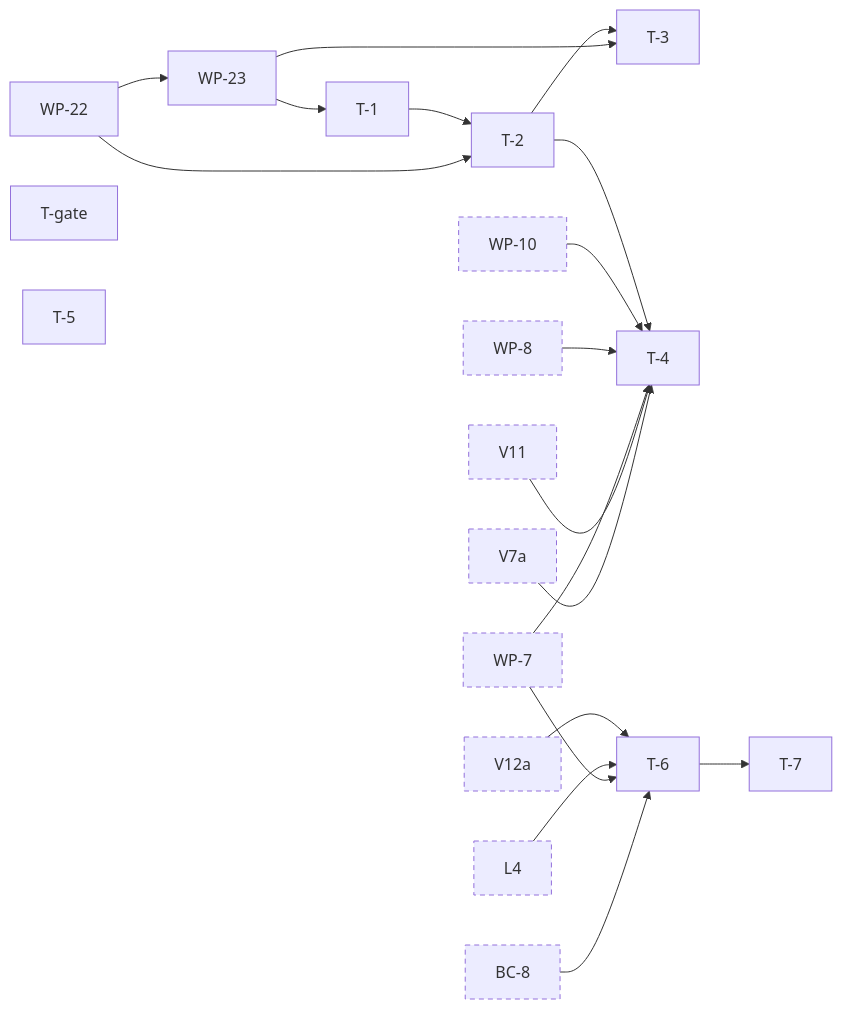
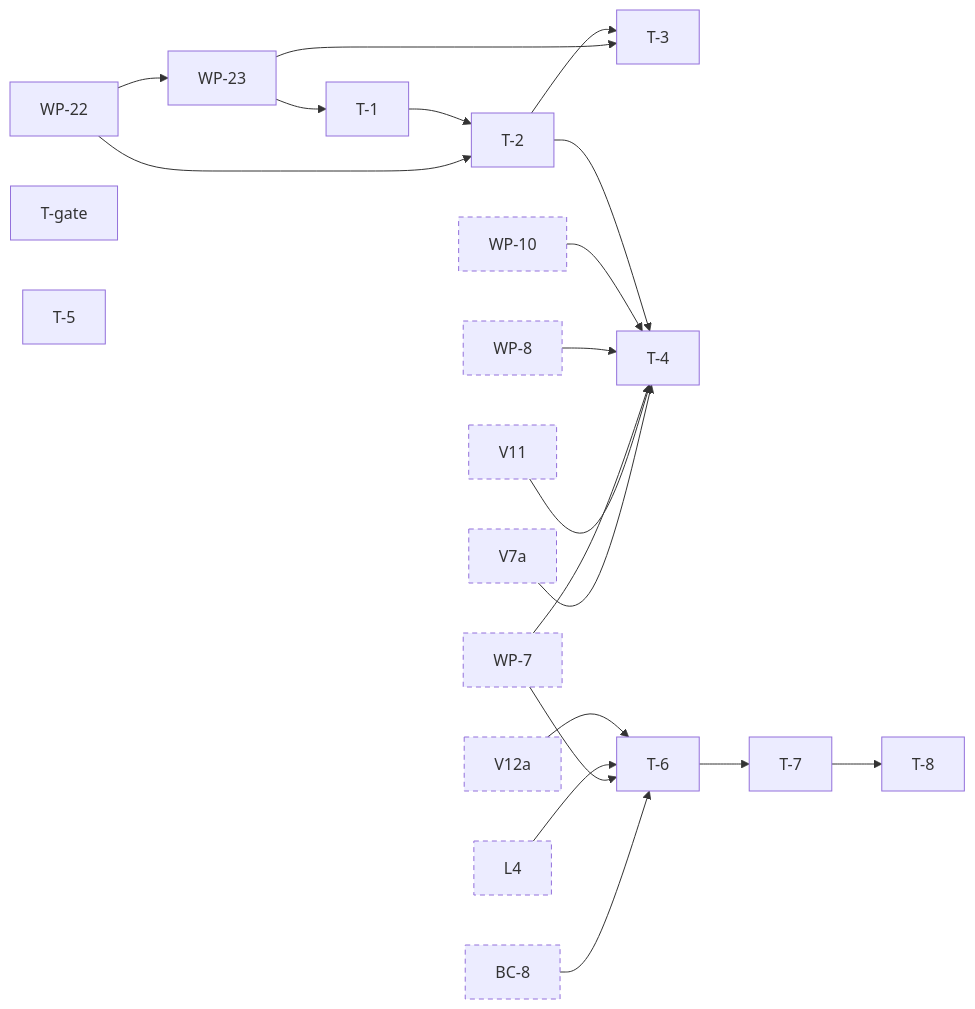
Before and after one commit to jhoblitt/rgw-go: the ninth of 11 diagrams in docs/superpowers/plans/2026-10-13-phase-2/dependencies.md, drawn with Mermaid. The commit also changed other lines of this file and 1 other file, not shown here.

Commit message:
docs(plan): add task T-8 from T-7's review
T-7 pins the s3-tests venv and compares the whole freeze's digest, whose
first line is the runner's Python version. CI takes python3 from the
runner image, which moves under its label, so a Python patch release
would fail every pull request's parity job until a full record.

T-8 compares a candidate's package lines and Python major.minor against
the constraints file instead, through an optional input and two
candidate-only meta keys, so no recorded digest moves. The record path
stays strict.

````diff
--- a/docs/superpowers/plans/2026-10-13-phase-2/dependencies.md
+++ b/docs/superpowers/plans/2026-10-13-phase-2/dependencies.md
@@ -1027,57 +1027,60 @@
 ```mermaid
 flowchart LR
   t_WP_22["WP-22"]
   t_WP_23["WP-23"]
   t_T_1["T-1"]
   t_T_2["T-2"]
   t_T_3["T-3"]
   t_T_4["T-4"]
   t_T_gate["T-gate"]
   t_T_5["T-5"]
   t_T_6["T-6"]
   t_T_7["T-7"]
+  t_T_8["T-8"]
   t_V7a["V7a"]:::ext
   t_V11["V11"]:::ext
   t_WP_7["WP-7"]:::ext
   t_WP_8["WP-8"]:::ext
   t_WP_10["WP-10"]:::ext
   t_BC_8["BC-8"]:::ext
   t_L4["L4"]:::ext
   t_V12a["V12a"]:::ext
   t_WP_22 --> t_WP_23
   t_WP_23 --> t_T_1
   t_WP_22 --> t_T_2
   t_T_1 --> t_T_2
   t_WP_23 --> t_T_3
   t_T_2 --> t_T_3
   t_V7a --> t_T_4
   t_V11 --> t_T_4
   t_WP_7 --> t_T_4
   t_WP_8 --> t_T_4
   t_WP_10 --> t_T_4
   t_T_2 --> t_T_4
   t_BC_8 --> t_T_6
   t_WP_7 --> t_T_6
   t_L4 --> t_T_6
   t_V12a --> t_T_6
   t_T_6 --> t_T_7
+  t_T_7 --> t_T_8
   click t_WP_22 href "https://github.com/jhoblitt/rgw-go/blob/main/docs/superpowers/plans/2026-10-13-phase-2/T-gate-tooling.md#task-wp-22-the-s3-tests-selection-in-go" "WP-22: the s3-tests selection in Go"
   click t_WP_23 href "https://github.com/jhoblitt/rgw-go/blob/main/docs/superpowers/plans/2026-10-13-phase-2/T-gate-tooling.md#task-wp-23-the-include-list" "WP-23: the include list"
   click t_T_1 href "https://github.com/jhoblitt/rgw-go/blob/main/docs/superpowers/plans/2026-10-13-phase-2/T-gate-tooling.md#task-t-1-the-per-pr-and-gate-sets" "T-1: the per-PR and gate sets"
   click t_T_2 href "https://github.com/jhoblitt/rgw-go/blob/main/docs/superpowers/plans/2026-10-13-phase-2/T-gate-tooling.md#task-t-2-the-lifecycle-runs-cluster-configuration" "T-2: the lifecycle runs' cluster configuration"
   click t_T_3 href "https://github.com/jhoblitt/rgw-go/blob/main/docs/superpowers/plans/2026-10-13-phase-2/T-gate-tooling.md#task-t-3-storage-class-copies-on-the-include-list" "T-3: storage-class copies on the include list"
   click t_T_4 href "https://github.com/jhoblitt/rgw-go/blob/main/docs/superpowers/plans/2026-10-13-phase-2/T-gate-tooling.md#task-t-4-benchmark-profiles-for-the-phase-2-paths" "T-4: benchmark profiles for the phase 2 paths"
   click t_T_gate href "https://github.com/jhoblitt/rgw-go/blob/main/docs/superpowers/plans/2026-10-13-phase-2/T-gate-tooling.md#task-t-gate-the-phase-2-gate" "T-gate: the phase 2 gate"
   click t_T_5 href "https://github.com/jhoblitt/rgw-go/blob/main/docs/superpowers/plans/2026-10-13-phase-2/T-gate-tooling.md#task-t-5-s3-tests-_has_target_object_key_format-reports-what-it-probes" "T-5: s3-tests, `_has_target_object_key_format` reports what it probes"
   click t_T_6 href "https://github.com/jhoblitt/rgw-go/blob/main/docs/superpowers/plans/2026-10-13-phase-2/T-gate-tooling.md#task-t-6-the-combined-s3-tests-pin-bump" "T-6: the combined s3-tests pin bump"
   click t_T_7 href "https://github.com/jhoblitt/rgw-go/blob/main/docs/superpowers/plans/2026-10-13-phase-2/T-gate-tooling.md#task-t-7-the-s3-tests-venv-pinned-and-its-freeze-compared" "T-7: the s3-tests venv pinned and its freeze compared"
+  click t_T_8 href "https://github.com/jhoblitt/rgw-go/blob/main/docs/superpowers/plans/2026-10-13-phase-2/T-gate-tooling.md#task-t-8-the-venv-freeze-compared-on-its-packages-and-pythons-minor-version" "T-8: the venv freeze compared on its packages and Python's minor version"
   click t_V7a href "https://github.com/jhoblitt/rgw-go/blob/main/docs/superpowers/plans/2026-10-13-phase-2/V-versioning.md#task-v7a-driver-versioned-putobject" "V7a: driver, versioned PutObject"
   click t_V11 href "https://github.com/jhoblitt/rgw-go/blob/main/docs/superpowers/plans/2026-10-13-phase-2/V-versioning.md#task-v11-op-and-s3-versioned-writes" "V11: op and s3, versioned writes"
   click t_WP_7 href "https://github.com/jhoblitt/rgw-go/blob/main/docs/superpowers/plans/2026-10-13-phase-2/WP-write-path.md#task-wp-7-checksum-headers-on-writes" "WP-7: checksum headers on writes"
   click t_WP_8 href "https://github.com/jhoblitt/rgw-go/blob/main/docs/superpowers/plans/2026-10-13-phase-2/WP-write-path.md#task-wp-8-put-and-part-checksums" "WP-8: PUT and part checksums"
   click t_WP_10 href "https://github.com/jhoblitt/rgw-go/blob/main/docs/superpowers/plans/2026-10-13-phase-2/WP-write-path.md#task-wp-10-compression-on-put-and-parts" "WP-10: compression on PUT and parts"
   click t_BC_8 href "https://github.com/jhoblitt/rgw-go/blob/main/docs/superpowers/plans/2026-10-13-phase-2/B-bucket-config.md#task-bc-8-cors-recording-and-gate" "BC-8: CORS recording and gate"
   click t_L4 href "https://github.com/jhoblitt/rgw-go/blob/main/docs/superpowers/plans/2026-10-13-phase-2/L-object-lock.md#task-l4-delete-enforcement" "L4: delete enforcement"
   click t_V12a href "https://github.com/jhoblitt/rgw-go/blob/main/docs/superpowers/plans/2026-10-13-phase-2/V-versioning.md#task-v12a-op-and-s3-versioned-deleteobject-and-deleteobjects" "V12a: op and s3, versioned DeleteObject and DeleteObjects"
   classDef ext stroke-dasharray: 5 4
 ```
````
